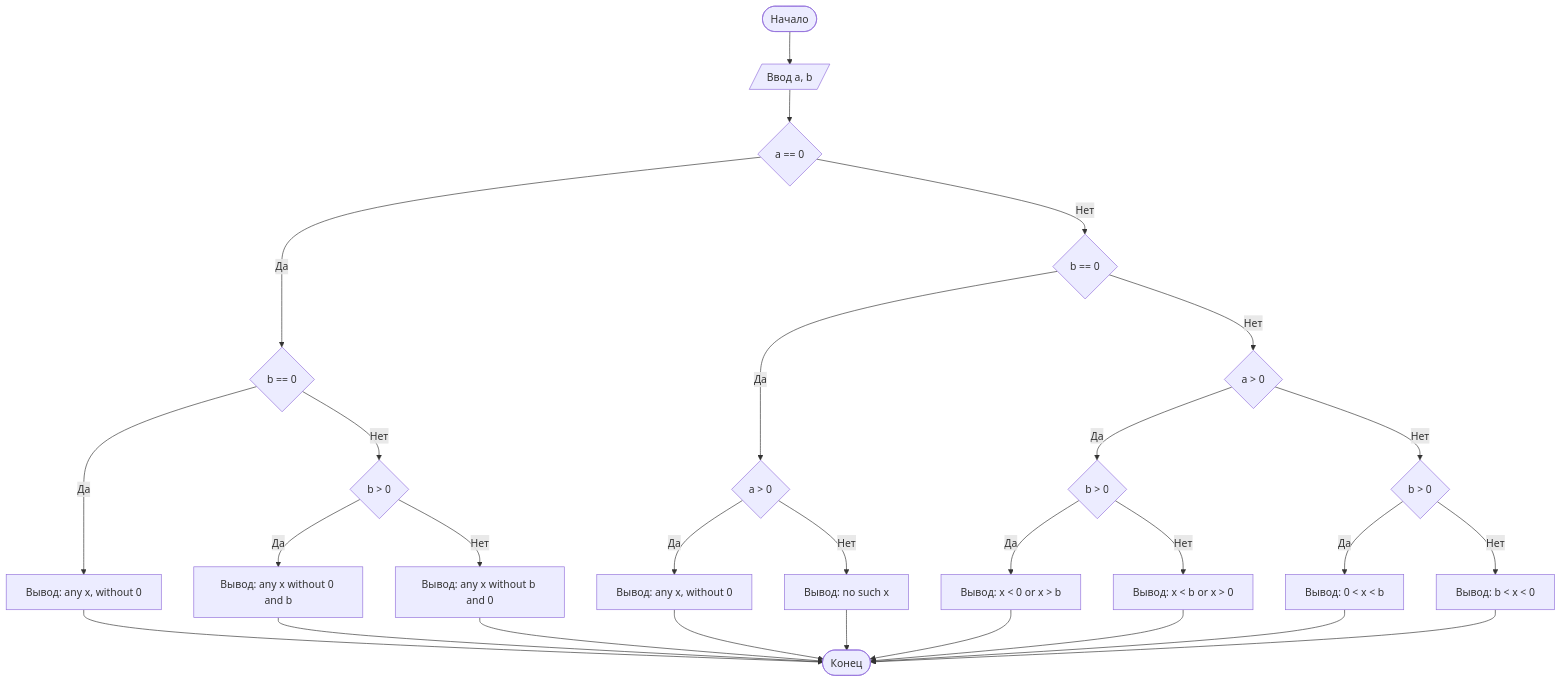
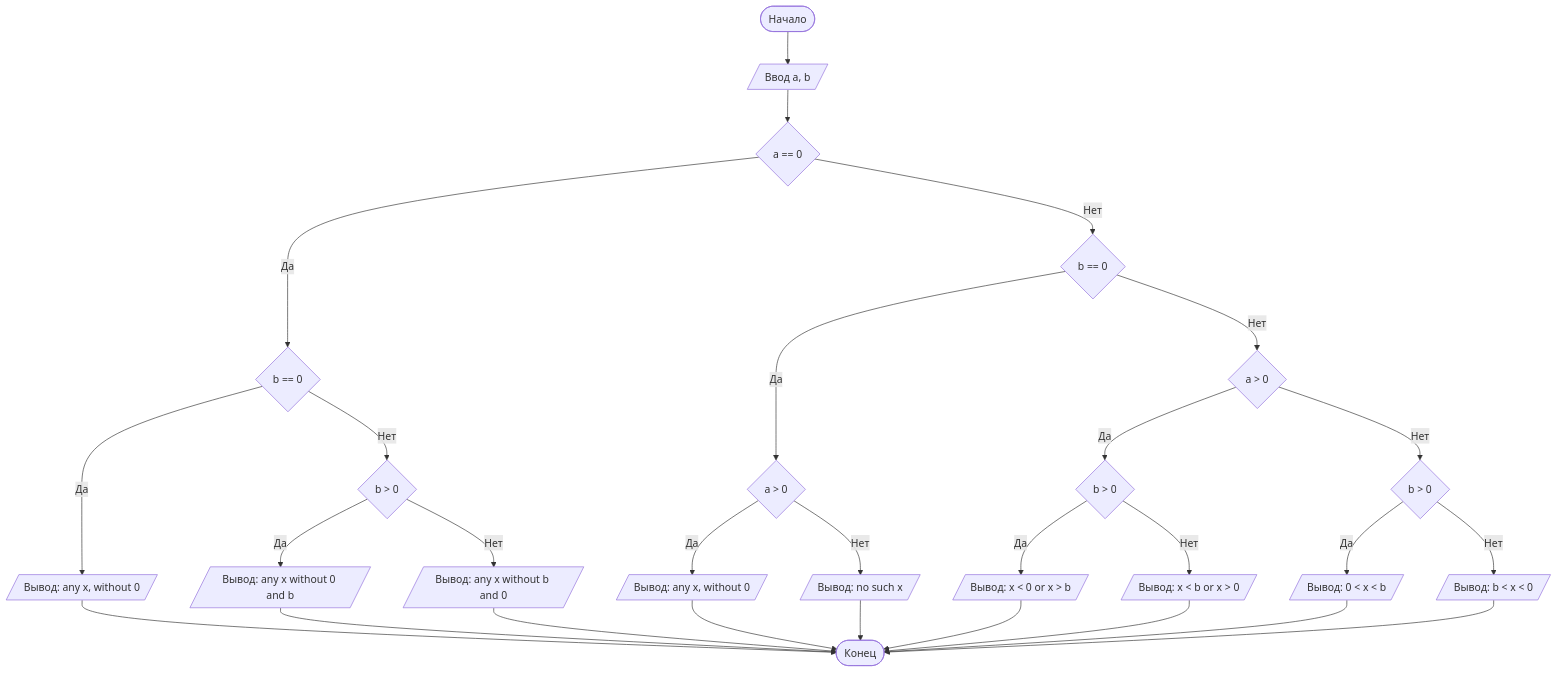
Before and after one commit to Egormodanov/1labwork-: the diagram in README.md, drawn with Mermaid.

````diff
--- a/README.md
+++ b/README.md
@@ -81,31 +81,31 @@
 ```mermaid
 graph TD
     A([Начало]) --> B[/Ввод a, b/]
     B --> C{a == 0}
     C -- Да --> D{b == 0}
-    D -- Да --> E["Вывод: any x, without 0"]
+    D -- Да --> E[/"Вывод: any x, without 0"/]
     D -- Нет --> F{b > 0}
-    F -- Да --> G["Вывод: any x without 0 and b"]
-    F -- Нет --> H["Вывод: any x without b and 0"]
+    F -- Да --> G[/"Вывод: any x without 0 and b"/]
+    F -- Нет --> H[/"Вывод: any x without b and 0"/]
     C -- Нет --> I{b == 0}
     I -- Да --> J{a > 0}
-    J -- Да --> K["Вывод: any x, without 0"]
-    J -- Нет --> L["Вывод: no such x"]
+    J -- Да --> K[/"Вывод: any x, without 0"/]
+    J -- Нет --> L[/"Вывод: no such x"/]
     I -- Нет --> M{a > 0}
     M -- Да --> N{b > 0}
-    N -- Да --> O["Вывод: x < 0 or x > b"]
-    N -- Нет --> P["Вывод: x < b or x > 0"]
+    N -- Да --> O[/"Вывод: x < 0 or x > b"/]
+    N -- Нет --> P[/"Вывод: x < b or x > 0"/]
     M -- Нет --> Q{b > 0}
-    Q -- Да --> R["Вывод: 0 < x < b"]
-    Q -- Нет --> S["Вывод: b < x < 0"]
+    Q -- Да --> R[/"Вывод: 0 < x < b"/]
+    Q -- Нет --> S[/"Вывод: b < x < 0"/]
     E --> T([Конец])
     G --> T
     H --> T
     K --> T
     L --> T
     O --> T
     P --> T
     R --> T
     S --> T
 
 ```
````
